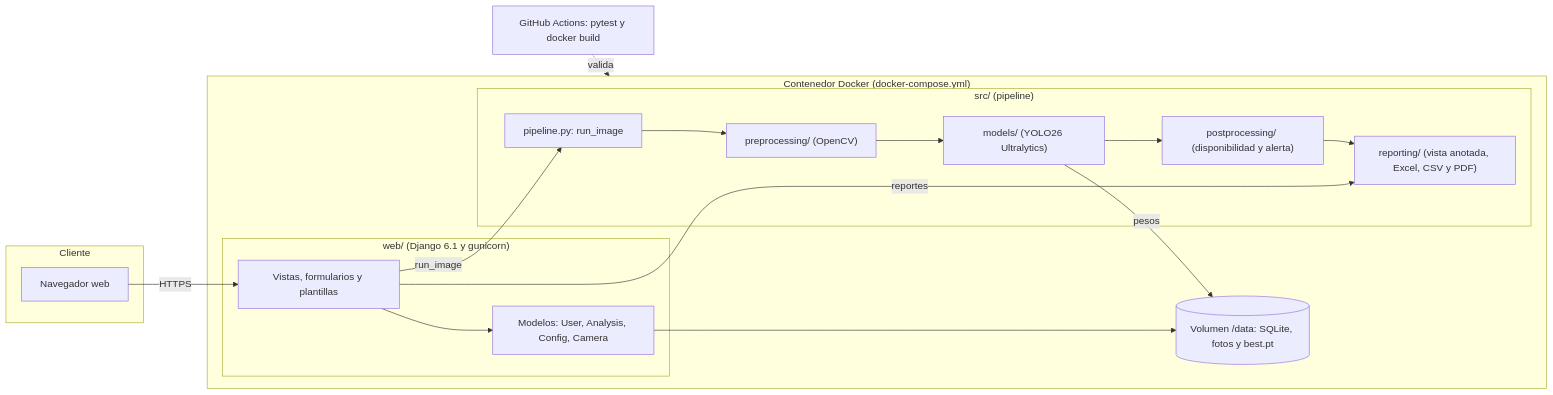
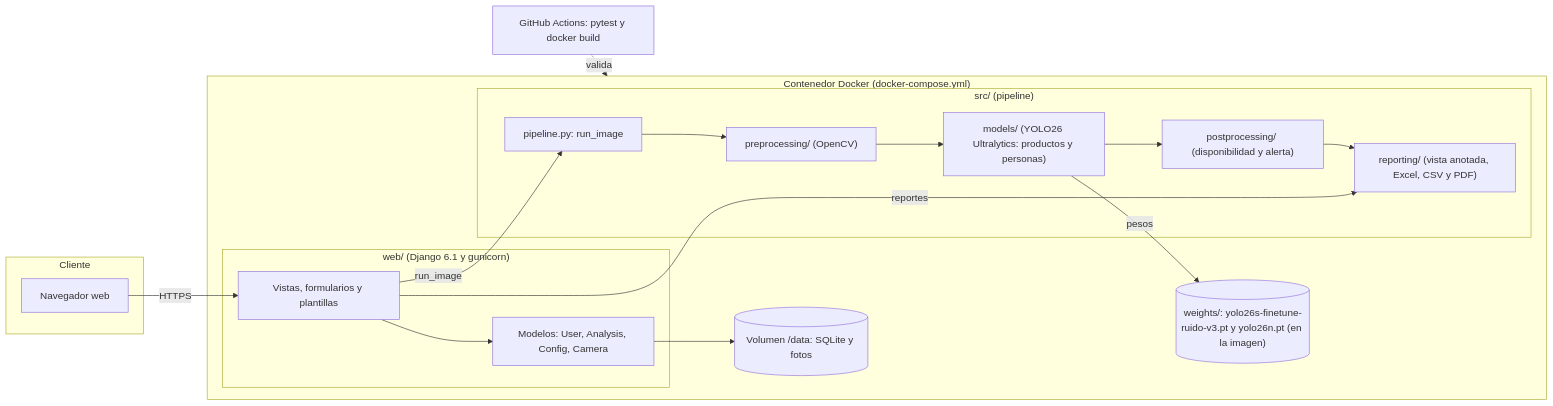
The diagram in Fase 2/Evidencias Proyecto/Evidencias de documentación/Diseño/Diagramas fuente (Mermaid)/Diagrama de Componentes.mmd (marcianabun/capstone), drawn with Mermaid before and after one commit. The commit also changed 18 other files, not shown here.

First line of the commit message:
docs: revisa documentos, backlog y diagramas contra el repositorio (#90)

```diff
--- a/Fase 2/Evidencias Proyecto/Evidencias de documentación/Diseño/Diagramas fuente (Mermaid)/Diagrama de Componentes.mmd
+++ b/Fase 2/Evidencias Proyecto/Evidencias de documentación/Diseño/Diagramas fuente (Mermaid)/Diagrama de Componentes.mmd
@@ -1,29 +1,30 @@
 flowchart LR
     subgraph Cliente
         NAV[Navegador web]
     end
 
     subgraph Docker["Contenedor Docker (docker-compose.yml)"]
         subgraph WEB["web/ (Django 6.1 y gunicorn)"]
             VIS[Vistas, formularios y plantillas]
             MOD[Modelos: User, Analysis, Config, Camera]
         end
         subgraph PIPE["src/ (pipeline)"]
             PRE["preprocessing/ (OpenCV)"]
-            MDL["models/ (YOLO26 Ultralytics)"]
+            MDL["models/ (YOLO26 Ultralytics: productos y personas)"]
             POST["postprocessing/ (disponibilidad y alerta)"]
             REP["reporting/ (vista anotada, Excel, CSV y PDF)"]
             RUN[pipeline.py: run_image]
         end
-        VOL[("Volumen /data: SQLite, fotos y best.pt")]
+        W[("weights/: yolo26s-finetune-ruido-v3.pt y yolo26n.pt (en la imagen)")]
+        VOL[("Volumen /data: SQLite y fotos")]
     end
 
     NAV -->|HTTPS| VIS
     VIS --> MOD
     VIS -->|run_image| RUN
     RUN --> PRE --> MDL --> POST --> REP
     MOD --> VOL
-    MDL -->|pesos| VOL
+    MDL -->|pesos| W
     VIS -->|reportes| REP
 
     CI[GitHub Actions: pytest y docker build] -.->|valida| Docker
```
